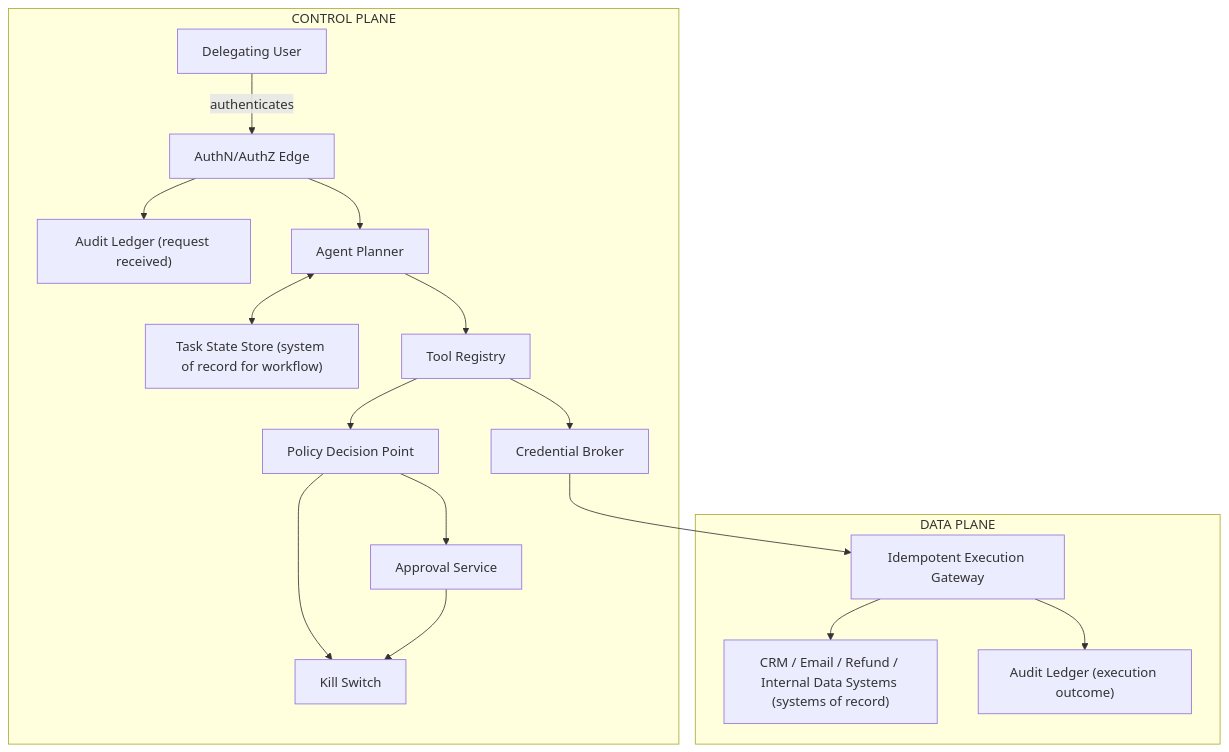
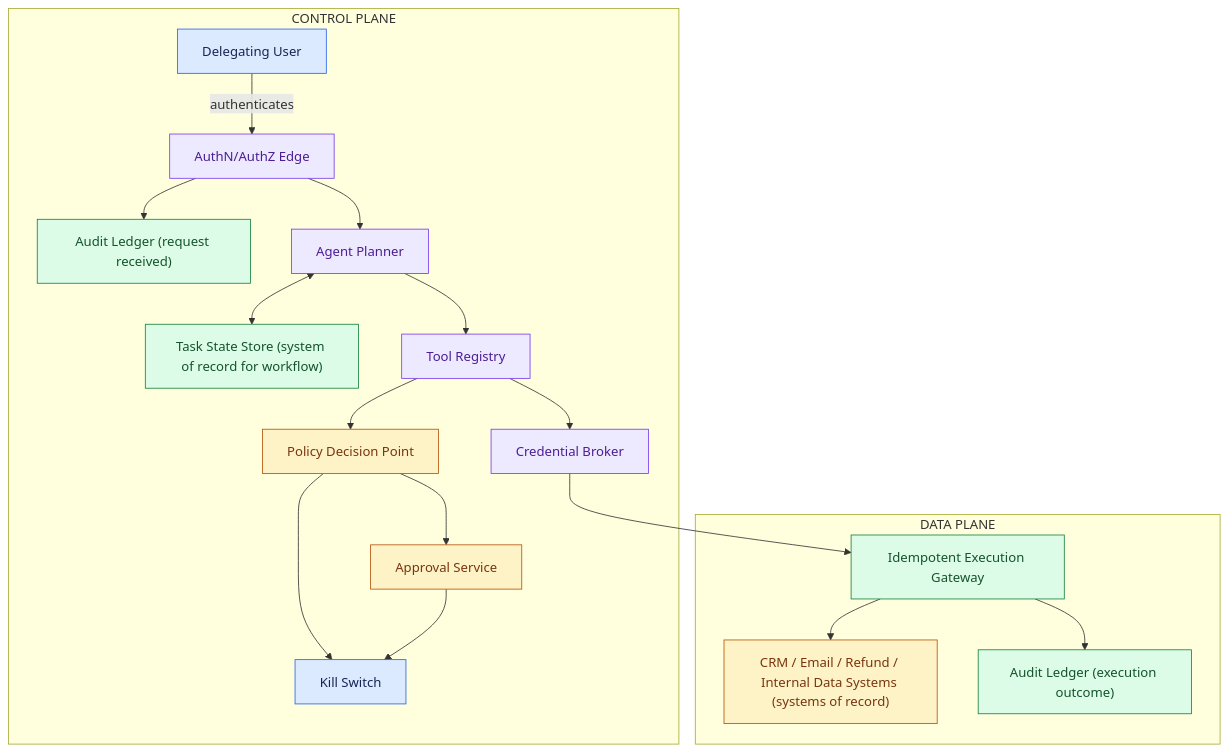
Before and after one commit to Sourav692/Forward-Deployed-Engineer-Interview-Prep: the third of 6 diagrams in site/content/modules/15-fde-case-studies/agents-that-act/tool-using-agent-with-safety-controls/full-pack-part-2.md, drawn with Mermaid. The commit also changed other lines of this file and 1268 other files, not shown here.

First line of the commit message:
content: polish Casebook writing and Mermaid diagrams (#251)

````diff
--- a/site/content/modules/15-fde-case-studies/agents-that-act/tool-using-agent-with-safety-controls/full-pack-part-2.md
+++ b/site/content/modules/15-fde-case-studies/agents-that-act/tool-using-agent-with-safety-controls/full-pack-part-2.md
@@ -40,20 +81,30 @@
 ```mermaid
 flowchart TB
   subgraph CP["CONTROL PLANE"]
     U["Delegating User"] -->|authenticates| EDGE["AuthN/AuthZ Edge"]
     EDGE --> ALEDGER1["Audit Ledger (request received)"]
     EDGE --> PLANNER["Agent Planner"]
     PLANNER <--> STATE["Task State Store (system of record for workflow)"]
     PLANNER --> REGISTRY["Tool Registry"]
     REGISTRY --> PDP["Policy Decision Point"]
     PDP --> APPROVAL["Approval Service"]
     PDP --> KILL["Kill Switch"]
     APPROVAL --> KILL
     REGISTRY --> BROKER["Credential Broker"]
   end
   subgraph DP["DATA PLANE"]
     GATEWAY["Idempotent Execution Gateway"] --> SYS["CRM / Email / Refund / Internal Data Systems (systems of record)"]
     GATEWAY --> ALEDGER2["Audit Ledger (execution outcome)"]
   end
   BROKER --> GATEWAY
+
+    %% Casebook colours: entry, reasoning, results, controls, and stopped paths.
+    classDef cbInput fill:#dbeafe,stroke:#2563eb,color:#172554
+    class U,KILL cbInput
+    classDef cbReason fill:#ede9fe,stroke:#7c3aed,color:#4c1d95
+    class EDGE,PLANNER,REGISTRY,BROKER cbReason
+    classDef cbAction fill:#dcfce7,stroke:#15803d,color:#14532d
+    class ALEDGER1,STATE,GATEWAY,ALEDGER2 cbAction
+    classDef cbPolicy fill:#fef3c7,stroke:#b45309,color:#78350f
+    class PDP,APPROVAL,SYS cbPolicy
 ```
````
